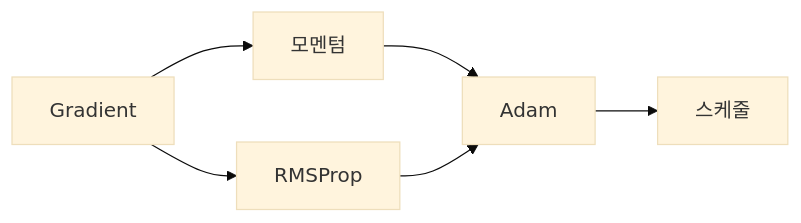
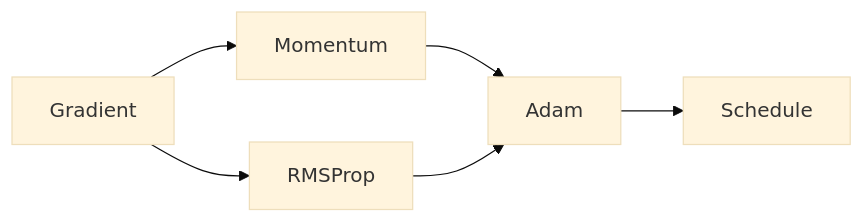
The diagram in content/calculus-for-ml-101/ko/08-optimization.md (yeongseon-books/book-content), drawn with Mermaid (base theme) before and after one commit. The commit also changed other lines of this file and 9 other files, not shown here.

````diff
--- a/content/calculus-for-ml-101/ko/08-optimization.md
+++ b/content/calculus-for-ml-101/ko/08-optimization.md
@@ -53,8 +63,8 @@
 ```mermaid
 flowchart LR
-    G[Gradient] --> M[모멘텀]
+    G[Gradient] --> M[Momentum]
     G --> R[RMSProp]
     M --> A[Adam]
     R --> A
-    A --> S[스케줄]
+    A --> S[Schedule]
 ```
````
